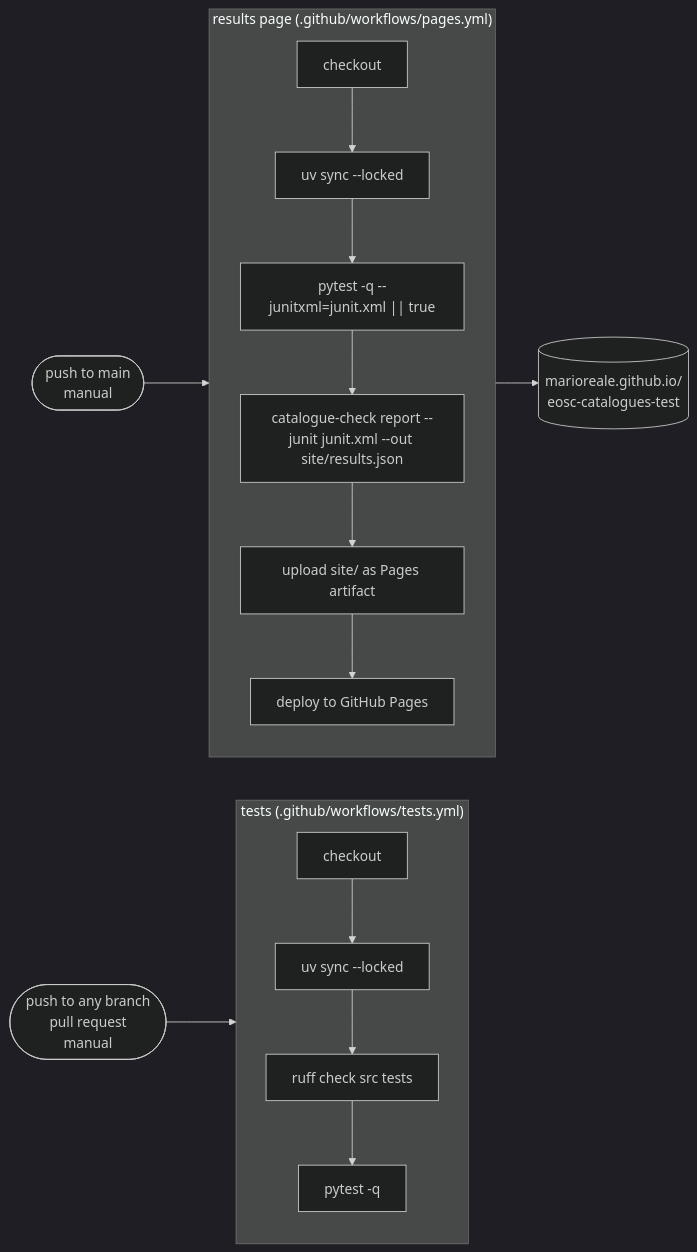
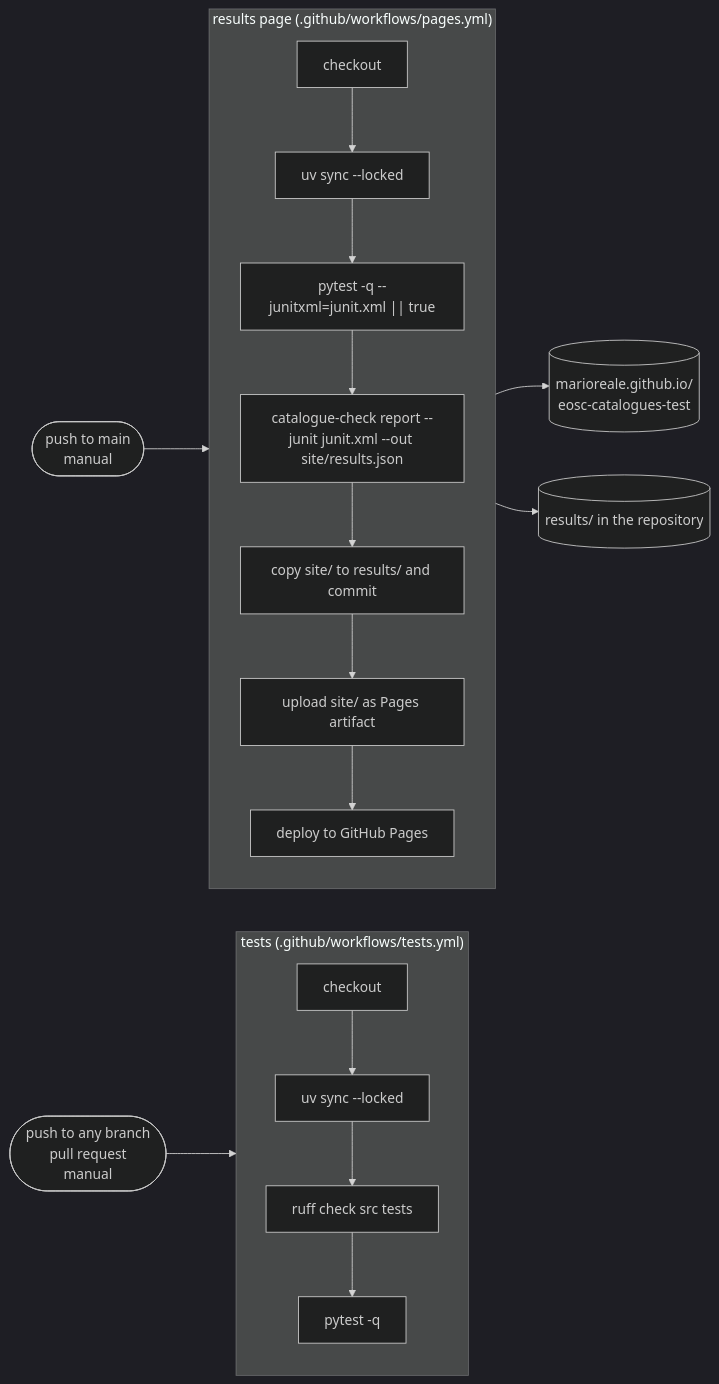
The fourth of 5 diagrams in docs/README.md (marioreale/eosc-catalogues-test), drawn with Mermaid (dark theme) before and after one commit. The commit also changed other lines of this file and 5 other files, not shown here.

Commit message:
Results: copy of the results page in results/, with a Markdown summary

````diff
--- a/docs/README.md
+++ b/docs/README.md
@@ -152,16 +160,17 @@
 ```mermaid
 flowchart LR
     subgraph T["tests  (.github/workflows/tests.yml)"]
       direction TB
       t1[checkout] --> t2["uv sync --locked"] --> t3["ruff check src tests"] --> t4["pytest -q"]
     end
     subgraph P["results page  (.github/workflows/pages.yml)"]
       direction TB
       p1[checkout] --> p2["uv sync --locked"] --> p3["pytest -q --junitxml=junit.xml || true"]
       p3 --> p4["catalogue-check report --junit junit.xml --out site/results.json"]
-      p4 --> p5["upload site/ as Pages artifact"] --> p6["deploy to GitHub Pages"]
+      p4 --> p5["copy site/ to results/ and commit"] --> p6["upload site/ as Pages artifact"] --> p7["deploy to GitHub Pages"]
     end
     push(["push to any branch<br/>pull request<br/>manual"]) --> T
     main(["push to main<br/>manual"]) --> P
-    p6 --> web[("marioreale.github.io/<br/>eosc-catalogues-test")]
+    p7 --> web[("marioreale.github.io/<br/>eosc-catalogues-test")]
+    p5 --> repo[("results/ in the repository")]
 ```
````
